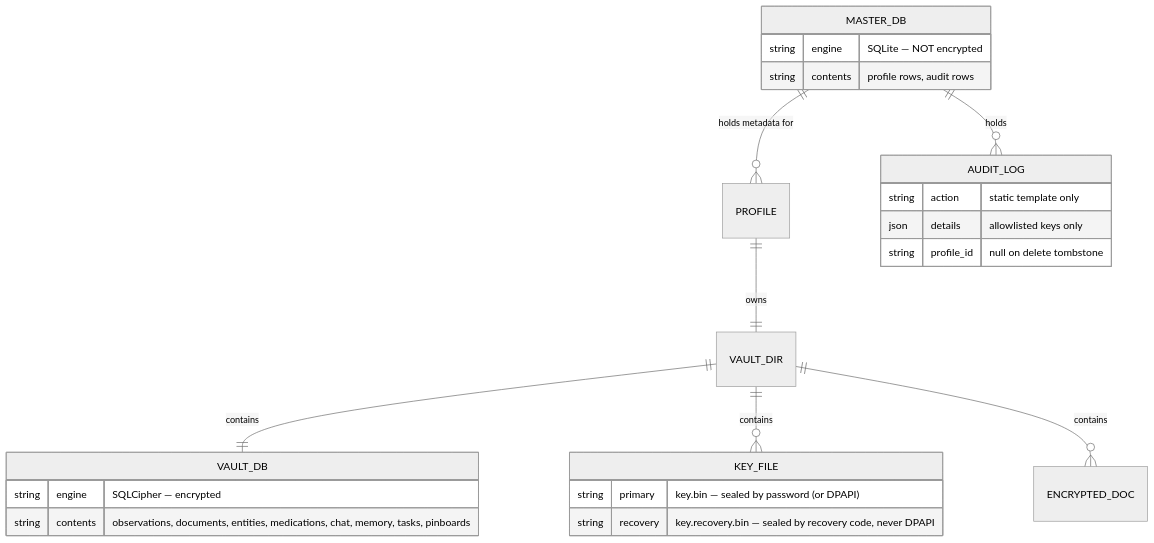
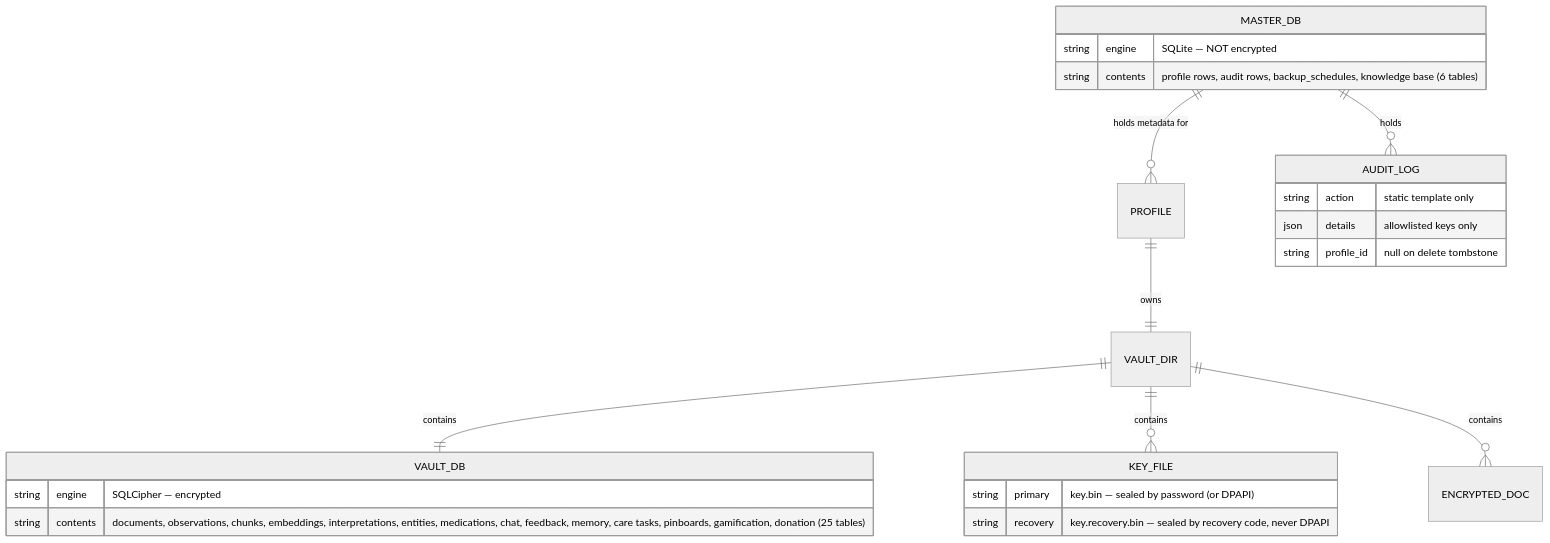
One commit to BrooklynD23/HealthCentral changed the third of 4 diagrams in docs/architecture/backend.md. Above: the diagram before and after it, drawn with Mermaid (neutral theme). The commit also changed other lines of this file and 20 other files, not shown here.

````diff
--- a/docs/architecture/backend.md
+++ b/docs/architecture/backend.md
@@ -117,27 +174,27 @@
 ```mermaid
 erDiagram
     MASTER_DB ||--o{ PROFILE : "holds metadata for"
     MASTER_DB ||--o{ AUDIT_LOG : "holds"
     PROFILE ||--|| VAULT_DIR : "owns"
     VAULT_DIR ||--|| VAULT_DB : contains
     VAULT_DIR ||--o{ KEY_FILE : contains
     VAULT_DIR ||--o{ ENCRYPTED_DOC : contains
 
     MASTER_DB {
         string engine "SQLite — NOT encrypted"
-        string contents "profile rows, audit rows"
+        string contents "profile rows, audit rows, backup_schedules, knowledge base (6 tables)"
     }
     AUDIT_LOG {
         string action "static template only"
         json details "allowlisted keys only"
         string profile_id "null on delete tombstone"
     }
     VAULT_DB {
         string engine "SQLCipher — encrypted"
-        string contents "observations, documents, entities, medications, chat, memory, tasks, pinboards"
+        string contents "documents, observations, chunks, embeddings, interpretations, entities, medications, chat, feedback, memory, care tasks, pinboards, gamification, donation (25 tables)"
     }
     KEY_FILE {
         string primary "key.bin — sealed by password (or DPAPI)"
         string recovery "key.recovery.bin — sealed by recovery code, never DPAPI"
     }
 ```
````
